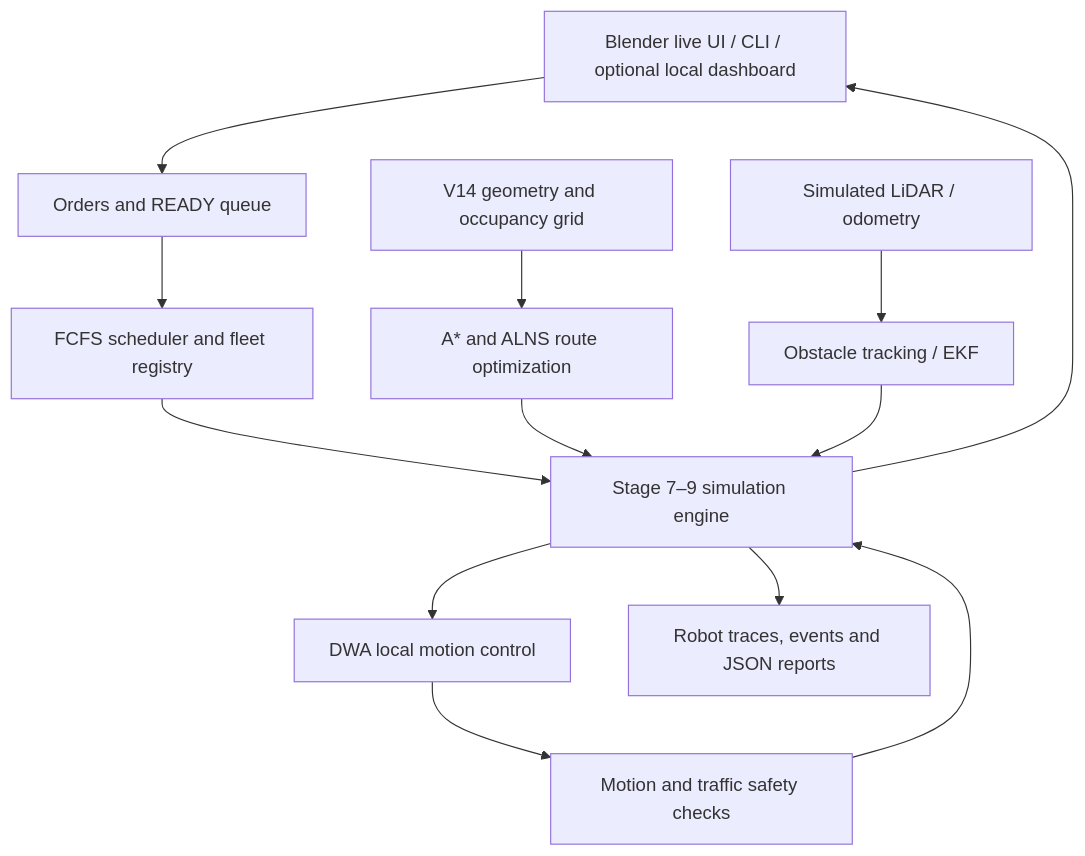
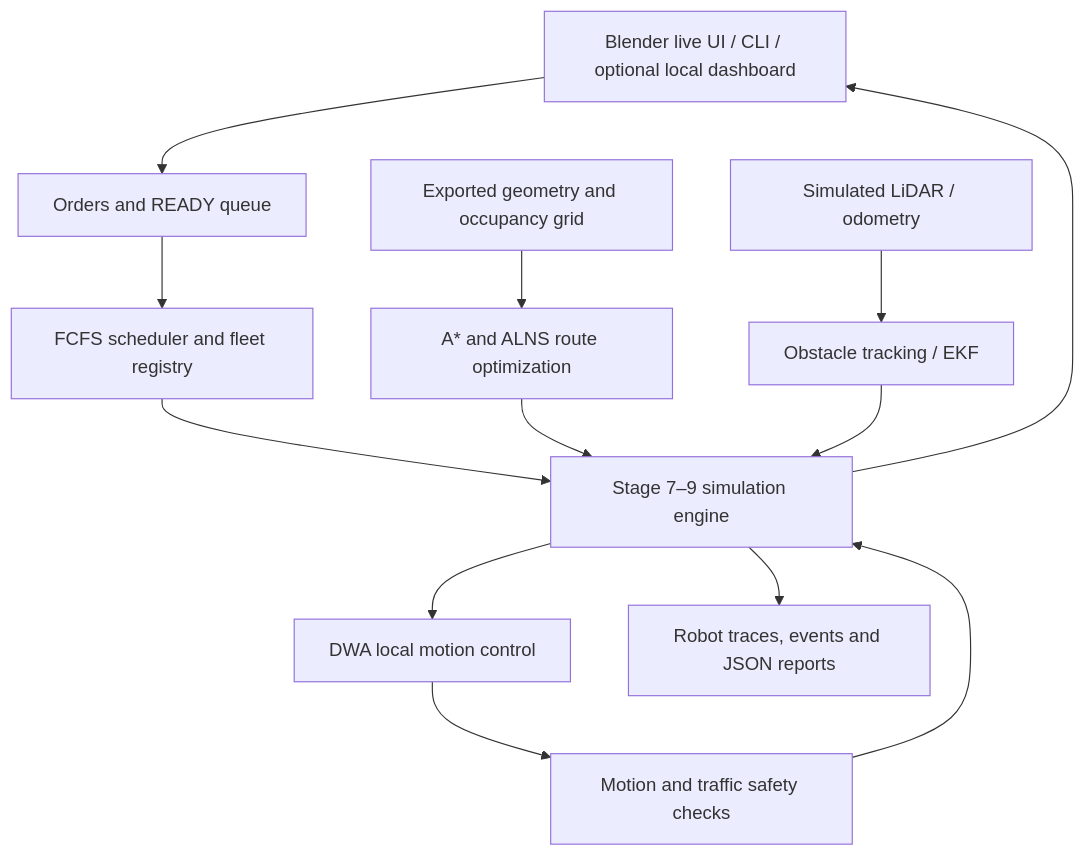
Before and after one commit to VedantLiteCoder0135/Autonomous-Delivery-Multi-Robot-System: the diagram in README.md, drawn with Mermaid. The commit also changed other lines of this file and 12 other files, not shown here.

````diff
--- a/README.md
+++ b/README.md
@@ -22,15 +24,15 @@
 ```mermaid
 flowchart TD
     UI[Blender live UI / CLI / optional local dashboard] --> ORD[Orders and READY queue]
     ORD --> SCH[FCFS scheduler and fleet registry]
     SCH --> ENG[Stage 7–9 simulation engine]
-    MAP[V14 geometry and occupancy grid] --> ROUTE[A* and ALNS route optimization]
+    MAP[Exported geometry and occupancy grid] --> ROUTE[A* and ALNS route optimization]
     ROUTE --> ENG
     SENS[Simulated LiDAR / odometry] --> EST[Obstacle tracking / EKF]
     EST --> ENG
     ENG --> DWA[DWA local motion control]
     DWA --> SAFE[Motion and traffic safety checks]
     SAFE --> ENG
     ENG --> OUT[Robot traces, events and JSON reports]
     ENG --> UI
 ```
````
